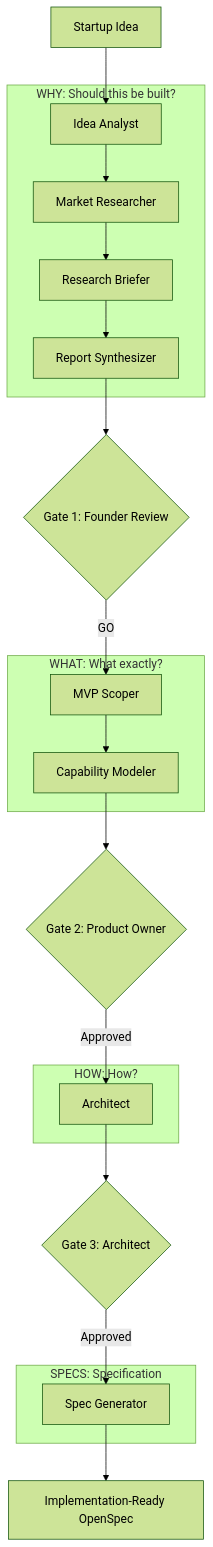
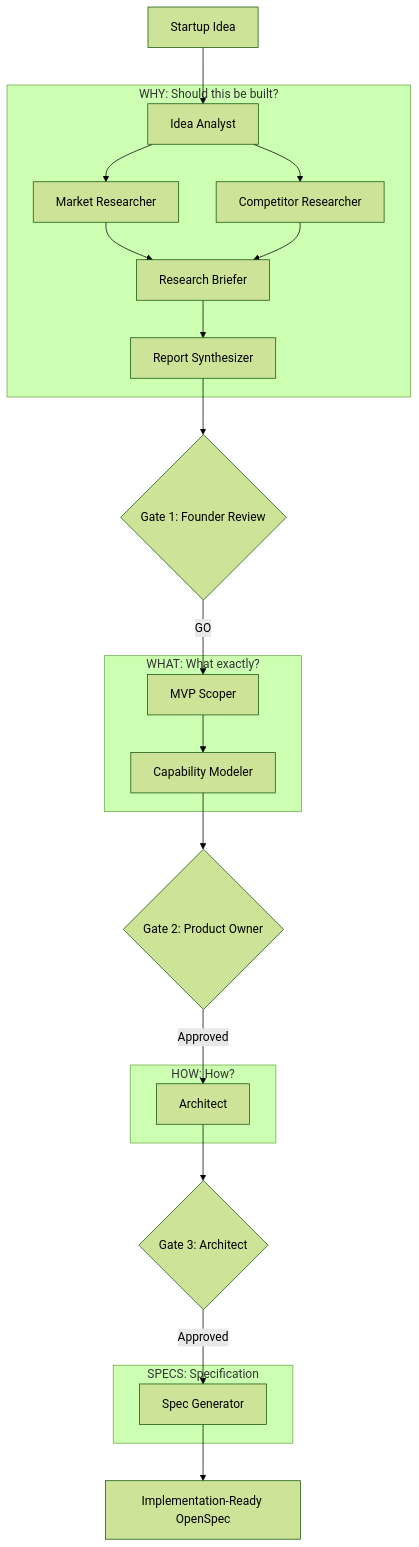
One commit to arslan70/haytham changed the diagram in docs/how-it-works.md. Above: the diagram before and after it, drawn with Mermaid (forest theme). The commit also changed other lines of this file and 1 other file, not shown here.

````diff
--- a/docs/how-it-works.md
+++ b/docs/how-it-works.md
@@ -16,33 +16,35 @@
 ```mermaid
 flowchart TD
     idea[Startup Idea] --> idea_analyst[Idea Analyst]
 
     subgraph why["WHY: Should this be built?"]
         idea_analyst --> market[Market Researcher]
+        idea_analyst --> competitor[Competitor Researcher]
         market --> briefer[Research Briefer]
+        competitor --> briefer
         briefer --> synthesis[Report Synthesizer]
     end
 
     synthesis --> gate1{Gate 1: Founder Review}
     gate1 -->|GO| mvp
 
     subgraph what["WHAT: What exactly?"]
         mvp[MVP Scoper] --> capability[Capability Modeler]
     end
 
     capability --> gate2{Gate 2: Product Owner}
     gate2 -->|Approved| build_buy
 
     subgraph how["HOW: How?"]
         build_buy[Architect]
     end
 
     build_buy --> gate3{Gate 3: Architect}
     gate3 -->|Approved| specs
 
     subgraph specs_phase["SPECS: Specification"]
         specs[Spec Generator]
     end
 
     specs --> output[Implementation-Ready OpenSpec]
 ```
````
